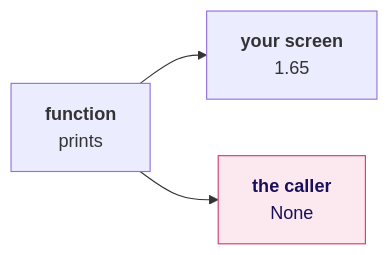
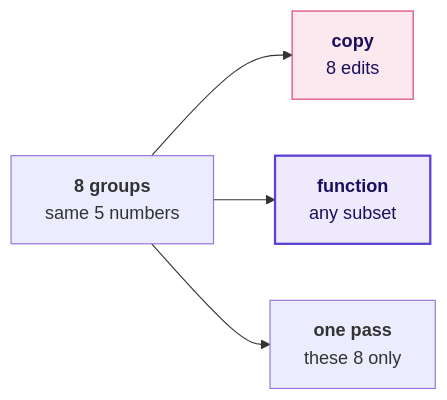
One commit to fde-academy-lab/c2-content-factory changed diagram 15 of 26 in content/W01/D2/slides/C2_W01_D02_half1_STUDENT.md. Above: the diagram before and after it, drawn with Mermaid. The commit also changed other lines of this file and 11 other files, not shown here.

````diff
--- a/content/W01/D2/slides/C2_W01_D02_half1_STUDENT.md
+++ b/content/W01/D2/slides/C2_W01_D02_half1_STUDENT.md
@@ -724,7 +697,10 @@
 ```mermaid
 flowchart LR
-    F["<b>function</b><br/>prints"] --> S["<b>your screen</b><br/>1.65"]
-    F --> R["<b>the caller</b><br/>None"]
+    Q["<b>8 groups</b><br/>same 5 numbers"] --> A["<b>copy</b><br/>8 edits"]
+    Q --> B["<b>function</b><br/>any subset"]
+    Q --> C["<b>one pass</b><br/>these 8 only"]
     classDef bad fill:#FBE9EF,stroke:#D63A6A,color:#1A0F5C
-    class R bad
+    classDef known fill:#EEEAFB,stroke:#5B3FD6,color:#1A0F5C,stroke-width:2px
+    class A bad
+    class B known
 ```
````
